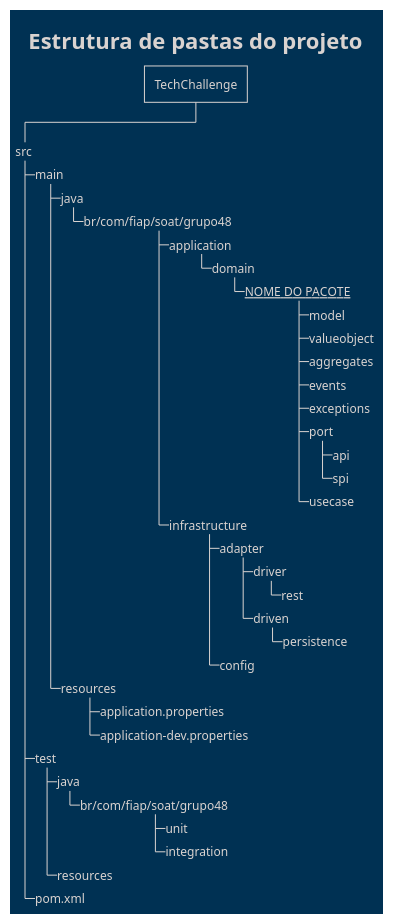
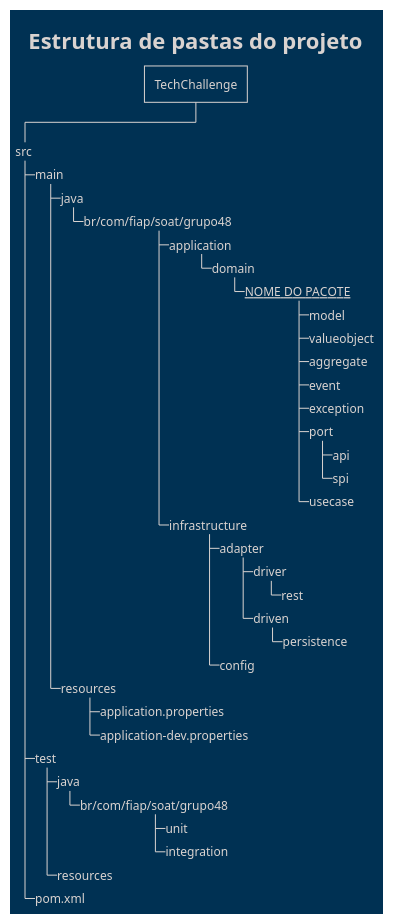
One commit to 4SOAT-G48/TechChallengeDocs changed the diagram in Diagrams/Architecture/ProjectFolderStructure.puml. Above: the diagram before and after it, drawn with PlantUML. The commit also changed 4 other files, not shown here.

```diff
--- a/Diagrams/Architecture/ProjectFolderStructure.puml
+++ b/Diagrams/Architecture/ProjectFolderStructure.puml
@@ -1,47 +1,47 @@
 @startwbs ProjectFolderStructure
 
 !theme blueprint
 '!theme mimeograph
 '!theme reddress-darkblue
 '!theme vibrant
 
 title
     Estrutura de pastas do projeto
 end title
 
 * TechChallenge
 **_ src
 ***_ main
 ****_ java
 *****_ br/com/fiap/soat/grupo48
 ******_ application
 *******_ domain
 ********_ __NOME DO PACOTE__
 *********_ model
 *********_ valueobject
-*********_ aggregates
-*********_ events
-*********_ exceptions
+*********_ aggregate
+*********_ event
+*********_ exception
 *********_ port
 **********_ api
 **********_ spi
 *********_ usecase
 ******_ infrastructure
 *******_ adapter
 ********_ driver
 *********_ rest
 ********_ driven
 *********_ persistence
 *******_ config
 ****_ resources
 *****_ application.properties
 *****_ application-dev.properties
 ***_ test
 ****_ java
 *****_ br/com/fiap/soat/grupo48
 ******_ unit
 ******_ integration
 ****_ resources
 ***_ pom.xml
 
 @endwbs
```
